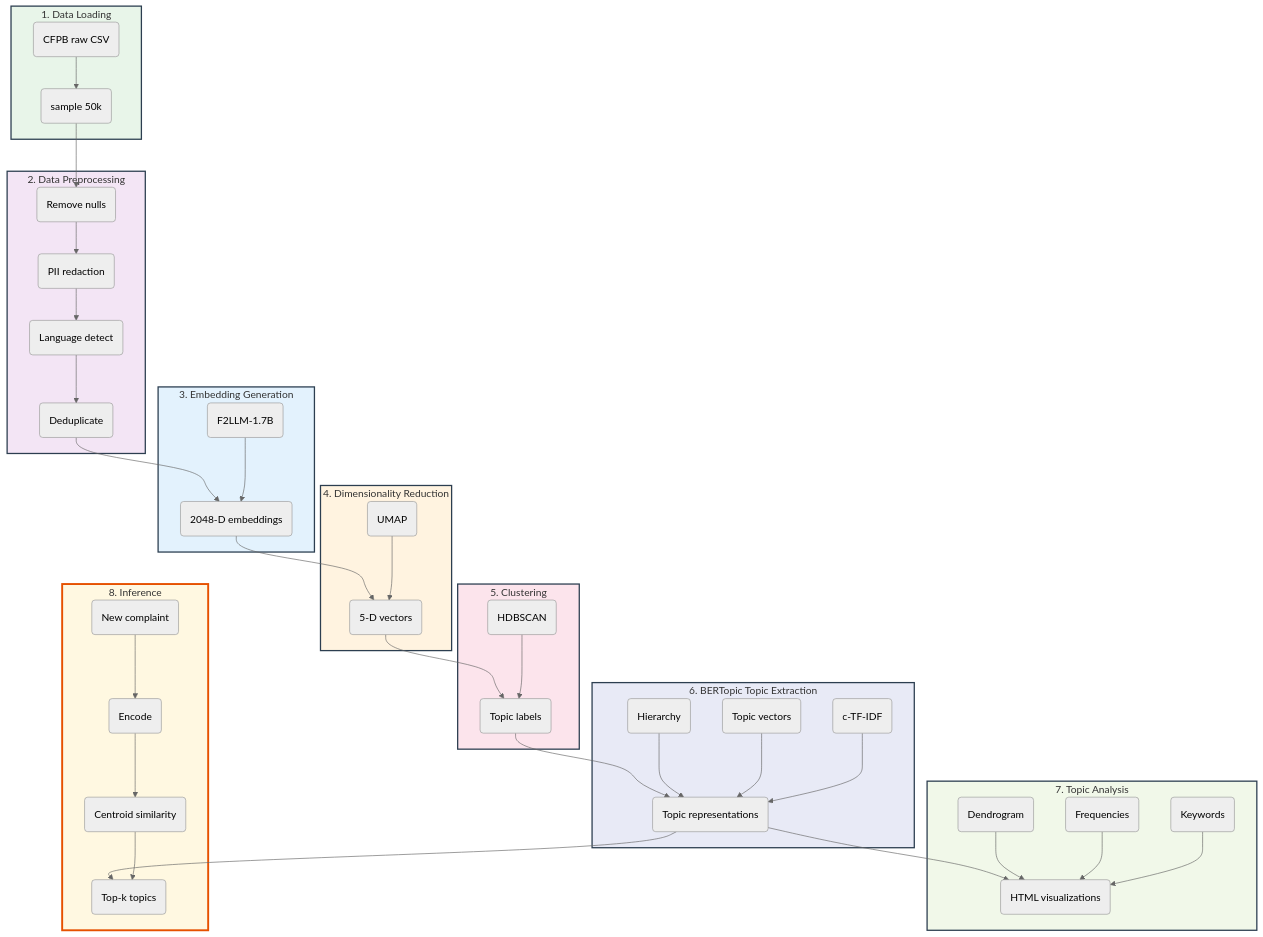
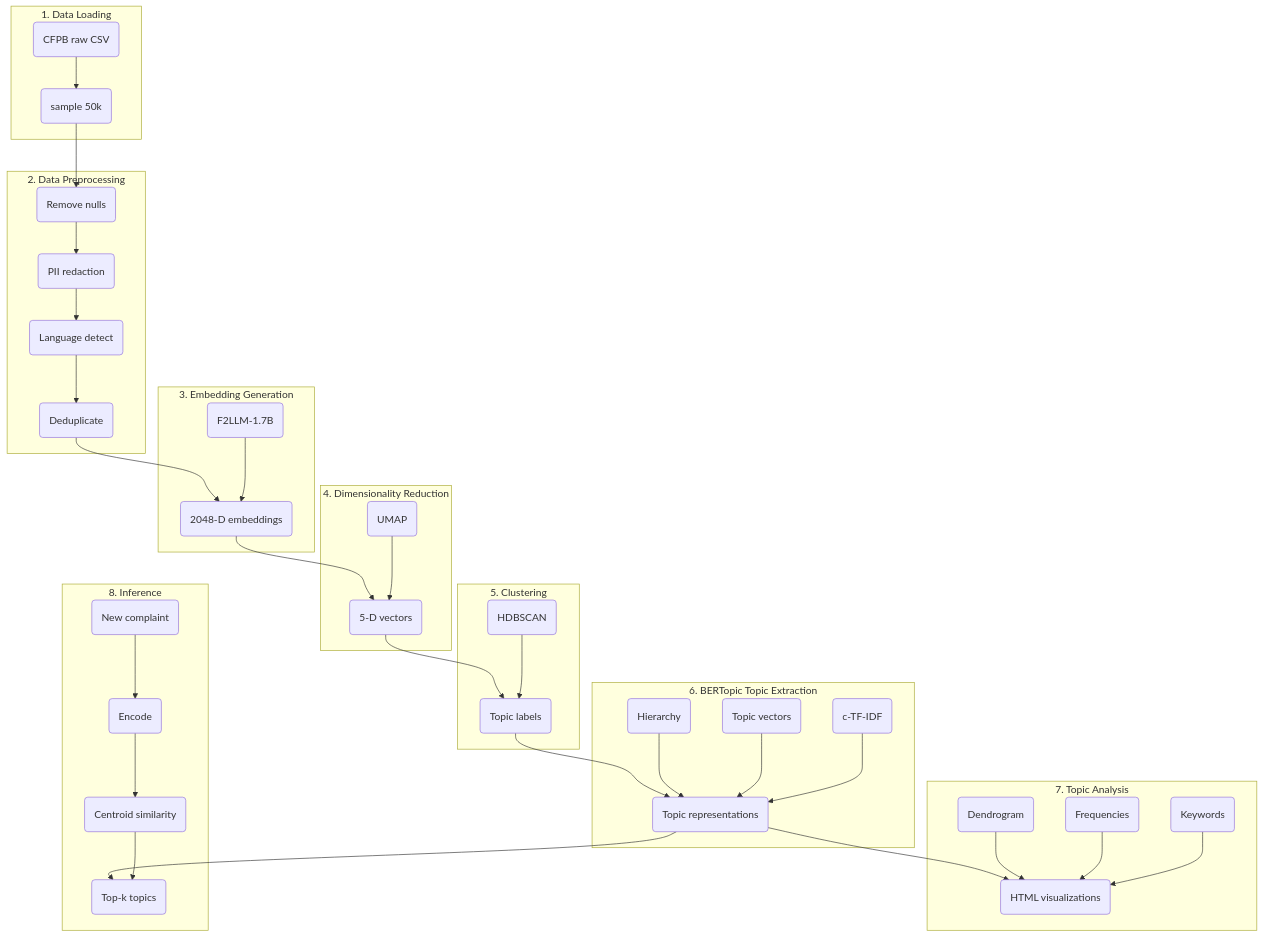
The diagram in README.md (abdelrahmanashrafomar-bit/bertopic-project), drawn with Mermaid before and after one commit. The commit also changed 1 other file, not shown here.

````diff
--- a/README.md
+++ b/README.md
@@ -25,49 +25,39 @@
 ```mermaid
-%%{init: {'theme': 'neutral', 'themeVariables': { 'fontFamily': 'Arial, sans-serif' } } }%%
 flowchart TB
     subgraph data["1. Data Loading"]
         D1("CFPB raw CSV") --> D2("sample 50k")
     end
     subgraph clean["2. Data Preprocessing"]
         C1("Remove nulls") --> C2("PII redaction") --> C3("Language detect") --> C4("Deduplicate")
     end
     subgraph embed["3. Embedding Generation"]
         E1("F2LLM-1.7B") --> E2("2048-D embeddings")
     end
     subgraph umap["4. Dimensionality Reduction"]
         U1("UMAP") --> U2("5-D vectors")
     end
     subgraph hdbscan["5. Clustering"]
         H1("HDBSCAN") --> H2("Topic labels")
     end
     subgraph bertopic["6. BERTopic Topic Extraction"]
         T1("c-TF-IDF") --> T4("Topic representations")
         T2("Topic vectors") --> T4
         T3("Hierarchy") --> T4
     end
     subgraph analysis["7. Topic Analysis"]
         A1("Keywords") --> A5("HTML visualizations")
         A2("Frequencies") --> A5
         A3("Dendrogram") --> A5
     end
     subgraph inference["8. Inference"]
         I1("New complaint") --> I2("Encode") --> I3("Centroid similarity") --> I4("Top-k topics")
     end
 
     D2 --> C1
     C4 --> E2
     E2 --> U2
     U2 --> H2
     H2 --> T4
     T4 --> A5
     T4 --> I4
-
-    style data fill:#e8f5e9,stroke:#2c3e50,stroke-width:2px
-    style clean fill:#f3e5f5,stroke:#2c3e50,stroke-width:2px
-    style embed fill:#e3f2fd,stroke:#2c3e50,stroke-width:2px
-    style umap fill:#fff3e0,stroke:#2c3e50,stroke-width:2px
-    style hdbscan fill:#fce4ec,stroke:#2c3e50,stroke-width:2px
-    style bertopic fill:#e8eaf6,stroke:#2c3e50,stroke-width:2px
-    style analysis fill:#f1f8e9,stroke:#2c3e50,stroke-width:2px
-    style inference fill:#fff8e1,stroke:#e65100,stroke-width:3px
 ```
````
